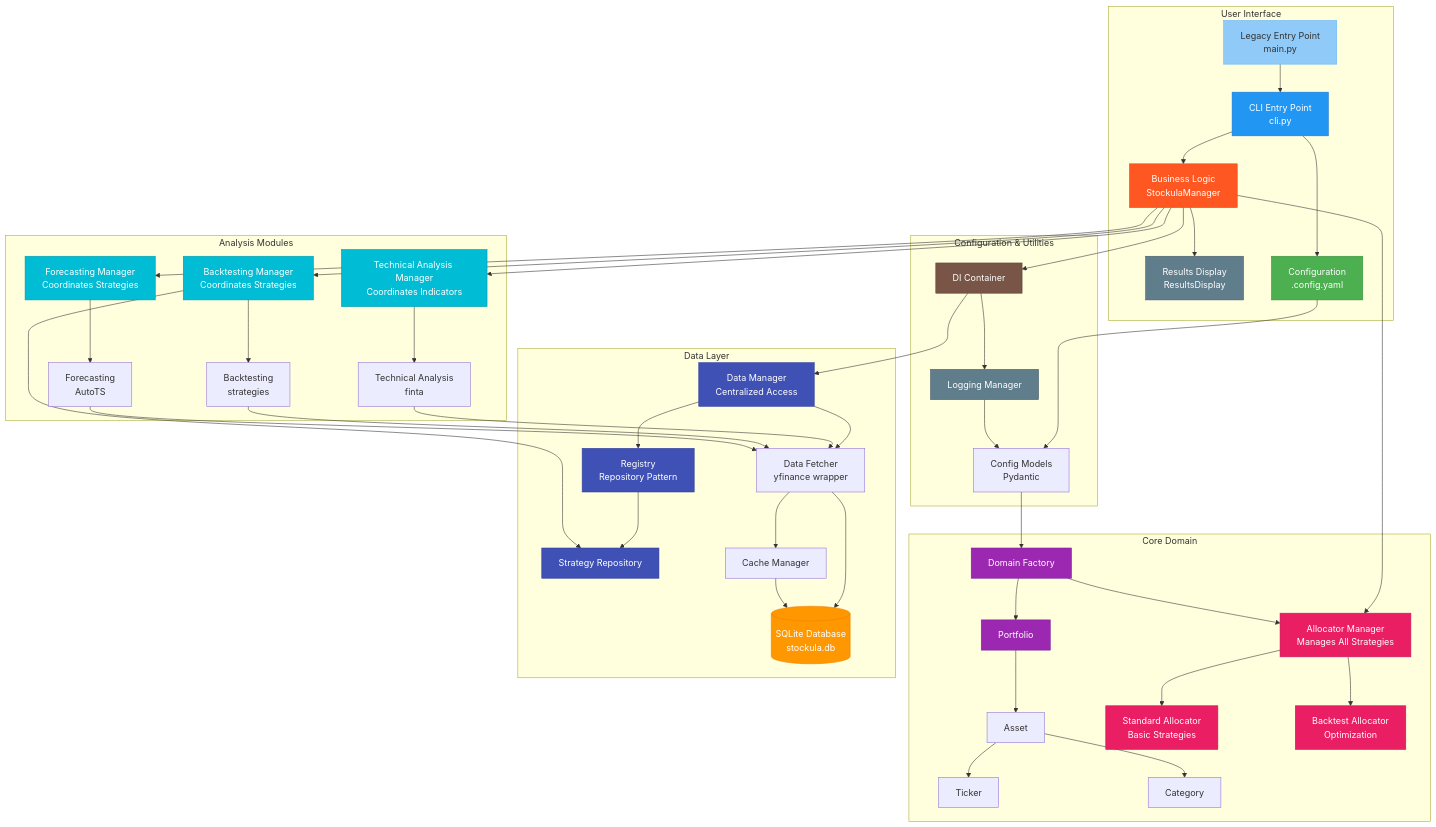
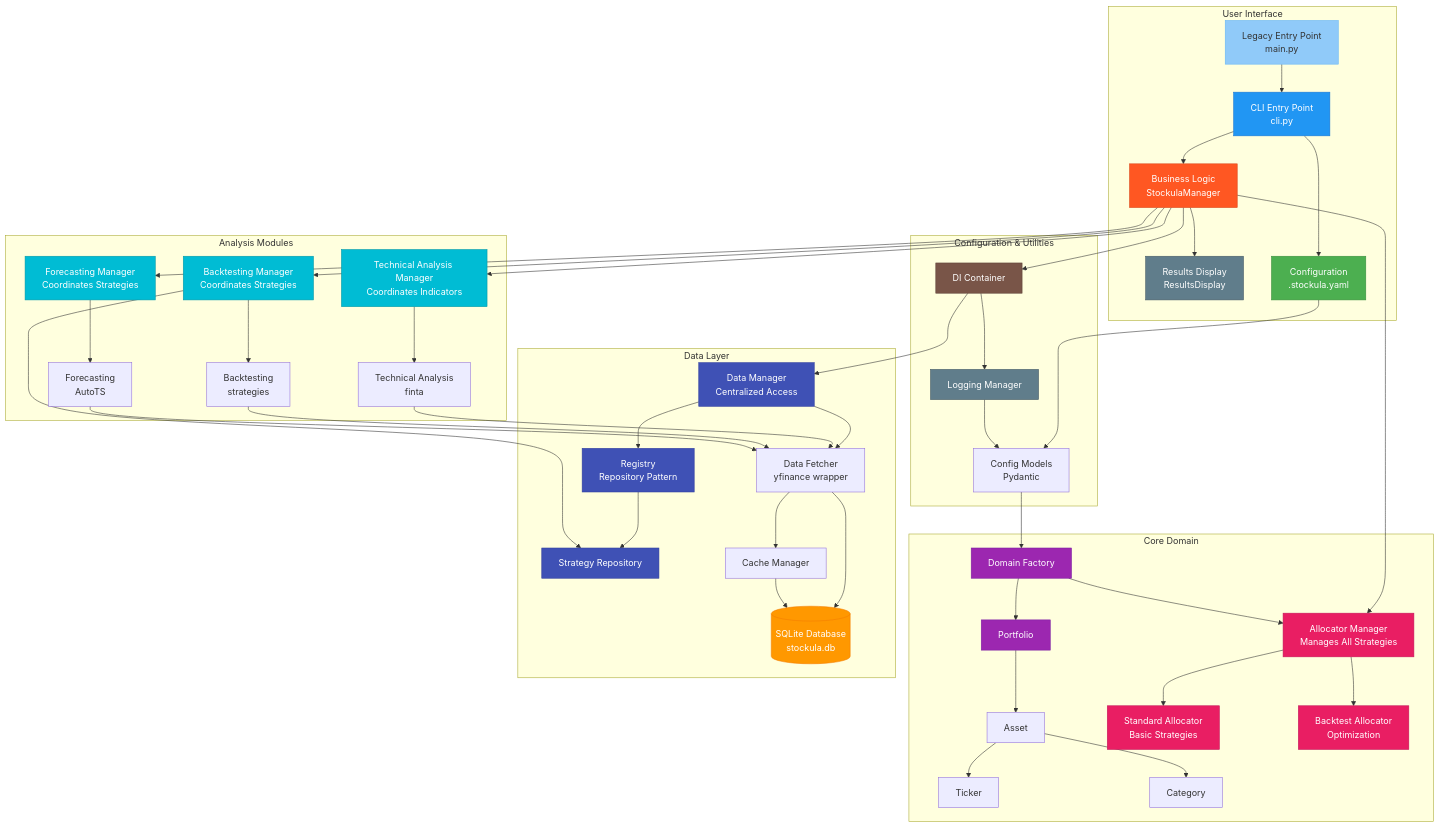
The first of 2 diagrams in docs/user-guide/architecture.md (mkm29/stockula), drawn with Mermaid before and after one commit. The commit also changed other lines of this file and 92 other files, not shown here.

```diff
--- a/docs/user-guide/architecture.md
+++ b/docs/user-guide/architecture.md
@@ -11,7 +11,7 @@
         Main[Legacy Entry Point<br/>main.py]
         Manager[Business Logic<br/>StockulaManager]
         Display[Results Display<br/>ResultsDisplay]
-        Config[Configuration<br/>.config.yaml]
+        Config[Configuration<br/>.stockula.yaml]
     end
 
     subgraph "Core Domain"
```
